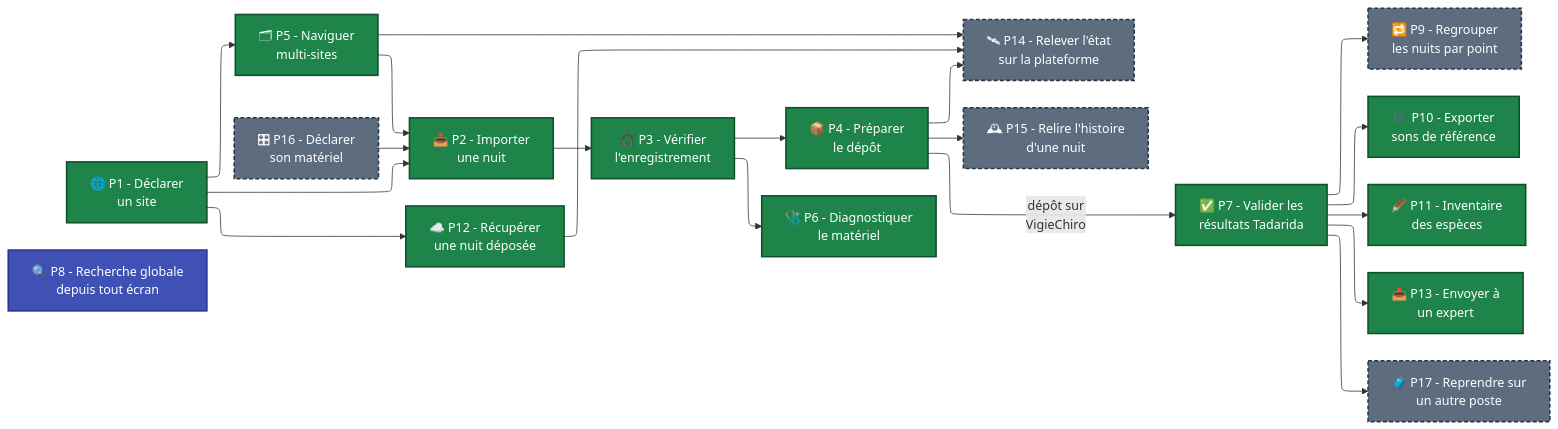
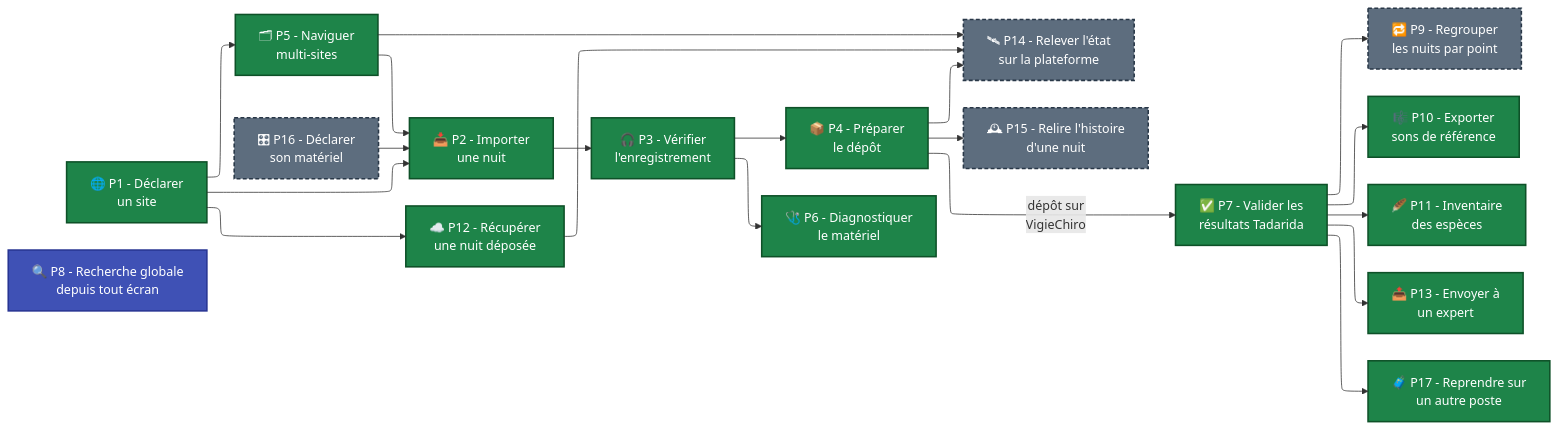
One commit to echonuit/vigiechiro-pr-companion changed the diagram in brief/docs/Analyse et conception/Parcours utilisateurs/index.md. Above: the diagram before and after it, drawn with Mermaid. The commit also changed other lines of this file and 3 other files, not shown here.

````diff
--- a/brief/docs/Analyse et conception/Parcours utilisateurs/index.md
+++ b/brief/docs/Analyse et conception/Parcours utilisateurs/index.md
@@ -41,34 +43,34 @@
 ```mermaid
 %%{init: {"flowchart": {"defaultRenderer": "elk"}, "themeCSS": ".nodeLabel, .nodeLabel p, .nodeLabel span { color: #fff !important; fill: #fff !important; }"}}%%
 flowchart LR
     P1[🌐 P1 - Déclarer<br/>un site] --> P2[📥 P2 - Importer<br/>une nuit]
     P2 --> P3[🎧 P3 - Vérifier<br/>l'enregistrement]
     P3 --> P4[📦 P4 - Préparer<br/>le dépôt]
     P4 -->|dépôt sur<br/>VigieChiro| P7[✅ P7 - Valider les<br/>résultats Tadarida]
 
     P1 --> P5[🗂 P5 - Naviguer<br/>multi-sites]
     P5 --> P2
     P3 --> P6[🩺 P6 - Diagnostiquer<br/>le matériel]
     P1 --> P12[☁️ P12 - Récupérer<br/>une nuit déposée]
 
     P7 --> P9[🔁 P9 - Regrouper<br/>les nuits par point]
     P7 --> P10[🎼 P10 - Exporter<br/>sons de référence]
     P7 --> P11[🪶 P11 - Inventaire<br/>des espèces]
     P7 --> P13[📤 P13 - Envoyer à<br/>un expert]
 
     P8[🔍 P8 - Recherche globale<br/>depuis tout écran]
 
     P16[🎛 P16 - Déclarer<br/>son matériel] --> P2
     P4 --> P14[🛰 P14 - Relever l'état<br/>sur la plateforme]
     P12 --> P14
     P5 --> P14
     P4 --> P15[🕰 P15 - Relire l'histoire<br/>d'une nuit]
     P7 --> P17[🧳 P17 - Reprendre sur<br/>un autre poste]
 
     classDef livre fill:#1e8449,stroke:#0e5128,color:#fff,stroke-width:2px
     classDef transverse fill:#3f51b5,stroke:#283593,color:#fff,stroke-width:2px
     classDef nonlivre fill:#5d6d7e,stroke:#283747,color:#fff,stroke-width:2px,stroke-dasharray:5 3
-    class P1,P2,P3,P4,P5,P6,P7,P10,P11,P12,P13 livre
+    class P1,P2,P3,P4,P5,P6,P7,P10,P11,P12,P13,P17 livre
     class P8 transverse
-    class P9,P14,P15,P16,P17 nonlivre
+    class P9,P14,P15,P16 nonlivre
 ```
````
